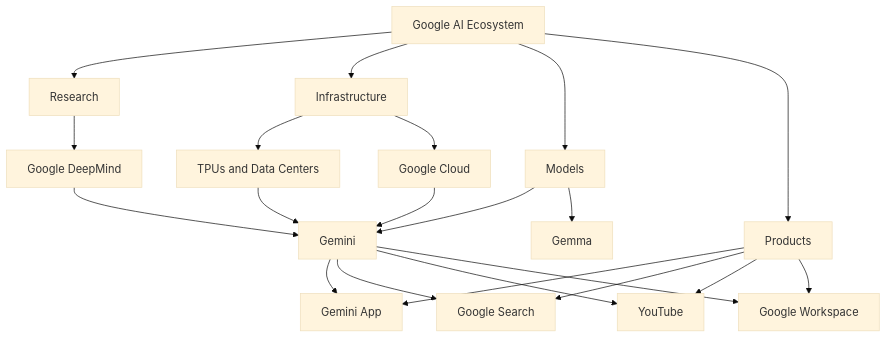
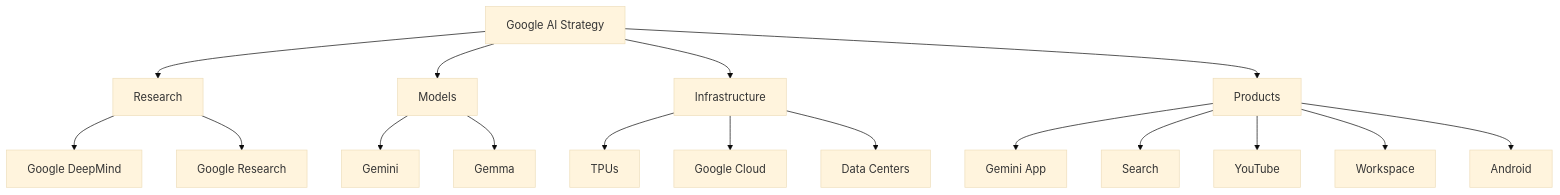
Before and after one commit to Ayush-srivastava504/System-design: the eighth of 19 diagrams in DAY-005-GOOGLE-CASE-STUDY.md, drawn with Mermaid (base theme). The commit also changed other lines of this file, not shown here.

Commit message:
Updated readme of google case study

````diff
--- a/DAY-005-GOOGLE-CASE-STUDY.md
+++ b/DAY-005-GOOGLE-CASE-STUDY.md
@@ -252,27 +854,23 @@
 ```mermaid
 flowchart TD
-    A[Google AI Ecosystem] --> B[Research]
-    A --> C[Infrastructure]
-    A --> D[Models]
-    A --> E[Products]
+    A["Google AI Strategy"] --> B["Research"]
+    A --> C["Models"]
+    A --> D["Infrastructure"]
+    A --> E["Products"]
 
-    B --> F[Google DeepMind]
-    C --> G[TPUs and Data Centers]
-    C --> H[Google Cloud]
+    B --> F["Google DeepMind"]
+    B --> G["Google Research"]
 
-    D --> I[Gemini]
-    D --> J[Gemma]
+    C --> H["Gemini"]
+    C --> I["Gemma"]
 
-    E --> K[Gemini App]
-    E --> L[Google Search]
-    E --> M[YouTube]
-    E --> N[Google Workspace]
+    D --> J["TPUs"]
+    D --> K["Google Cloud"]
+    D --> L["Data Centers"]
 
-    F --> I
-    G --> I
-    H --> I
-    I --> K
-    I --> L
-    I --> M
-    I --> N
+    E --> M["Gemini App"]
+    E --> N["Search"]
+    E --> O["YouTube"]
+    E --> P["Workspace"]
+    E --> Q["Android"]
 ```
````
